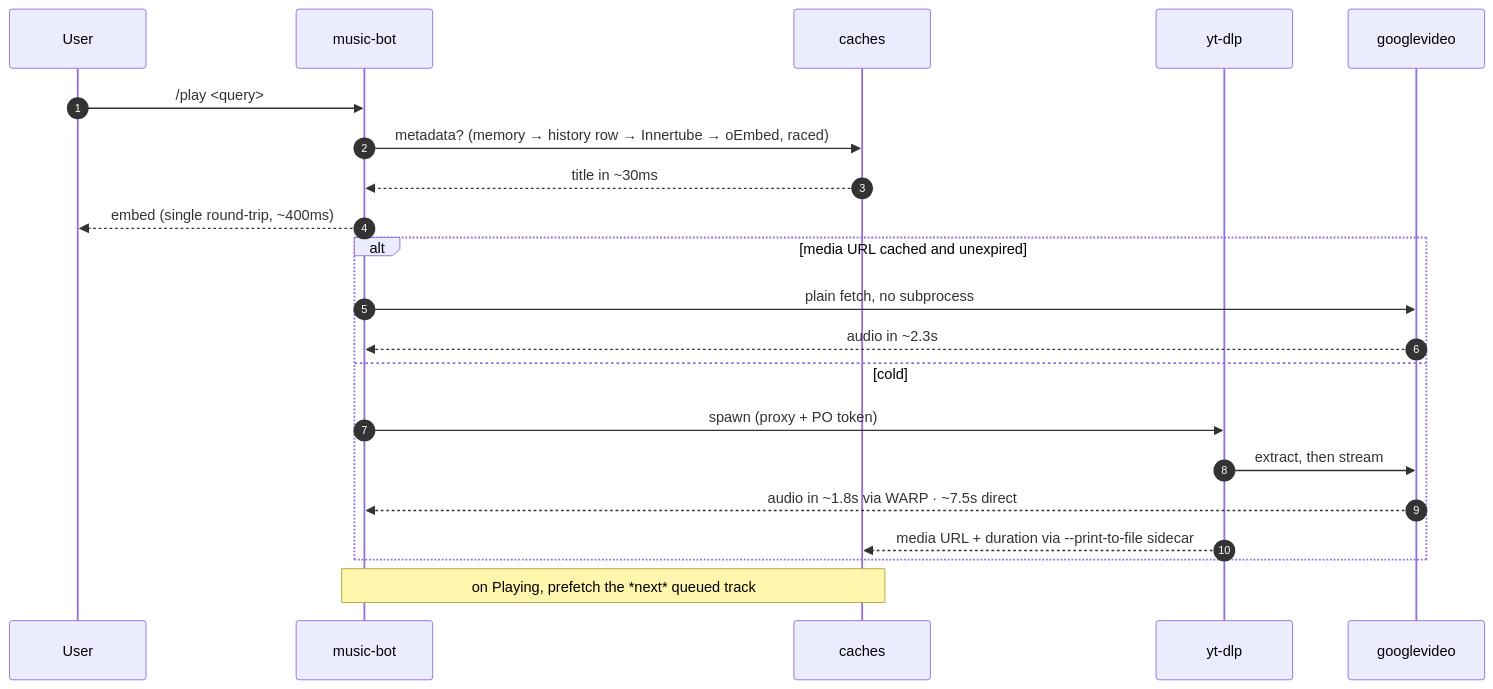
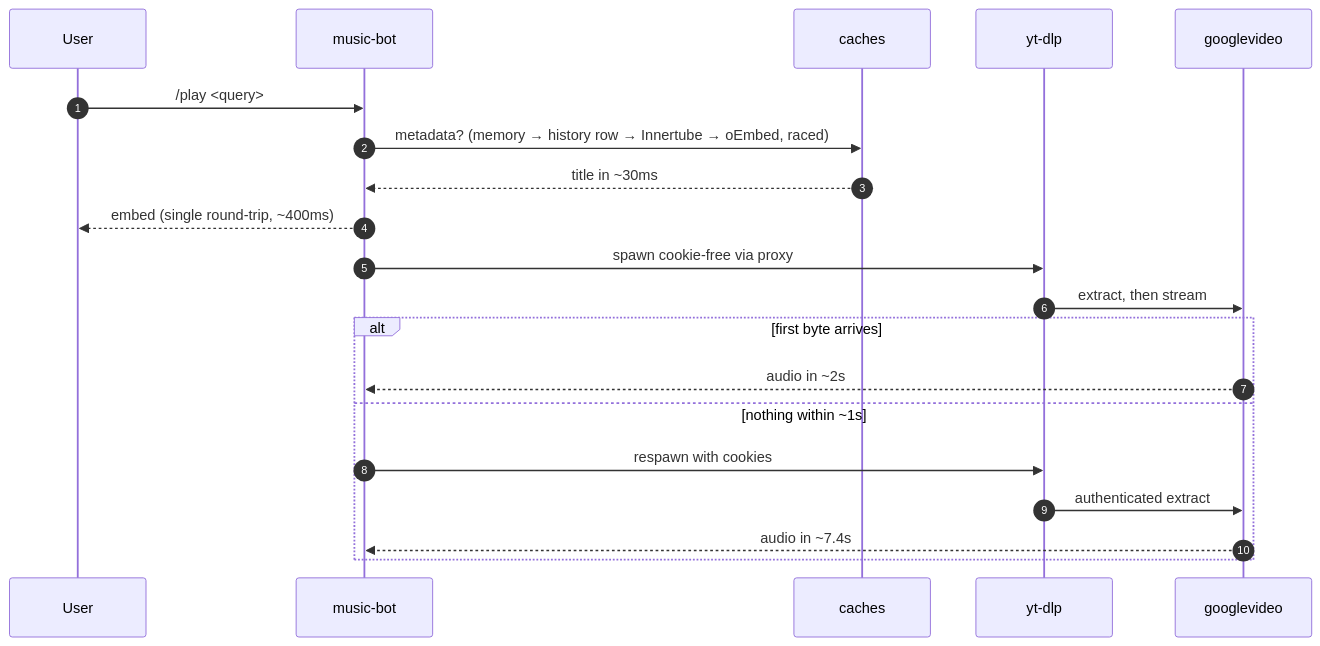
The second of 3 diagrams in docs/ARCHITECTURE.md (alessandro54/dc-music), drawn with Mermaid before and after one commit. The commit also changed other lines of this file and 7 other files, not shown here.

````diff
--- a/docs/ARCHITECTURE.md
+++ b/docs/ARCHITECTURE.md
@@ -90,26 +90,25 @@
 ```mermaid
 sequenceDiagram
     autonumber
     participant U as User
     participant B as music-bot
     participant C as caches
     participant Y as yt-dlp
     participant G as googlevideo
 
     U->>B: /play <query>
     B->>C: metadata? (memory → history row → Innertube → oEmbed, raced)
     C-->>B: title in ~30ms
     B-->>U: embed (single round-trip, ~400ms)
 
-    alt media URL cached and unexpired
-        B->>G: plain fetch, no subprocess
-        G-->>B: audio in ~2.3s
-    else cold
-        B->>Y: spawn (proxy + PO token)
-        Y->>G: extract, then stream
-        G-->>B: audio in ~1.8s via WARP · ~7.5s direct
-        Y-->>C: media URL + duration via --print-to-file sidecar
+    B->>Y: spawn cookie-free via proxy
+    Y->>G: extract, then stream
+    alt first byte arrives
+        G-->>B: audio in ~2s
+    else nothing within ~1s
+        B->>Y: respawn with cookies
+        Y->>G: authenticated extract
+        G-->>B: audio in ~7.4s
     end
 
-    Note over B,C: on Playing, prefetch the *next* queued track
 ```
````
